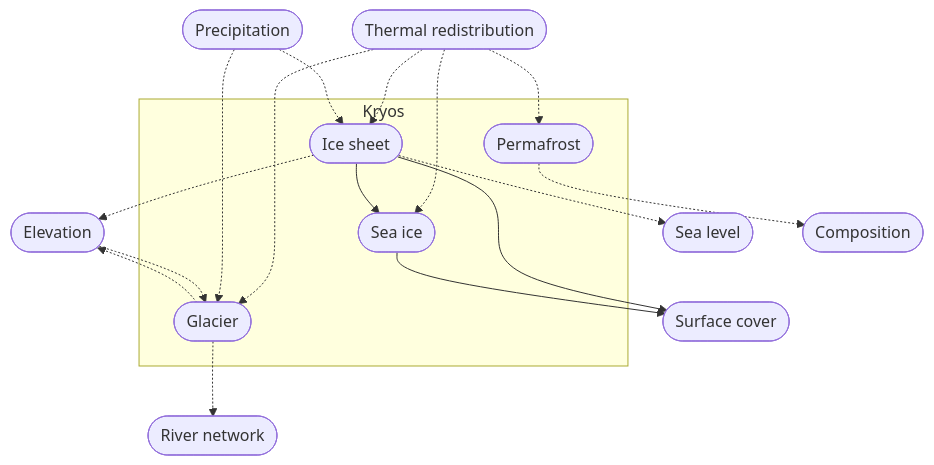
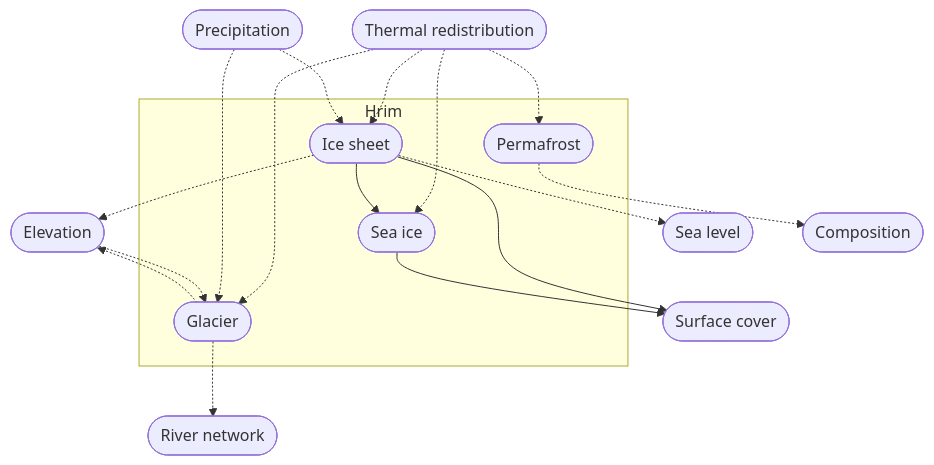
Before and after one commit to lagardej/mimameithr: the fifth of 8 diagrams in docs/concerns.adoc, drawn with Mermaid. The commit also changed other lines of this file and 3 other files, not shown here.

```diff
--- a/docs/concerns.adoc
+++ b/docs/concerns.adoc
@@ -423,34 +423,34 @@
 [mermaid]
 ....
 flowchart TB
-    subgraph Kryos
+    subgraph Hrim
         IceSheet([Ice sheet])
         Glacier([Glacier])
         SeaIce([Sea ice])
         Permafrost([Permafrost])
     end
 
     ThermalRedistribution([Thermal redistribution])
     Precipitation([Precipitation])
     Elevation([Elevation])
     SurfaceCover([Surface cover])
     SeaLevel([Sea level])
     RiverNetwork([River network])
     Composition([Composition])
 
     ThermalRedistribution -.-> IceSheet
     ThermalRedistribution -.-> SeaIce
     ThermalRedistribution -.-> Glacier
     ThermalRedistribution -.-> Permafrost
     Precipitation -.-> IceSheet
     Precipitation -.-> Glacier
     Elevation -.-> Glacier
     IceSheet --> SeaIce
     IceSheet -.-> SeaLevel
     IceSheet -.-> Elevation
     IceSheet --> SurfaceCover
     SeaIce --> SurfaceCover
     Glacier -.-> Elevation
     Glacier -.-> RiverNetwork
     Permafrost -.-> Composition
 ....
```
